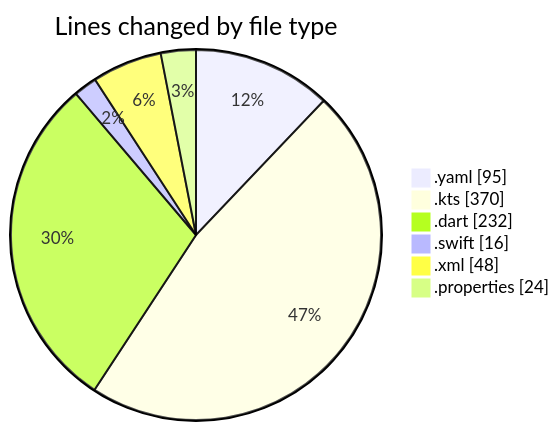
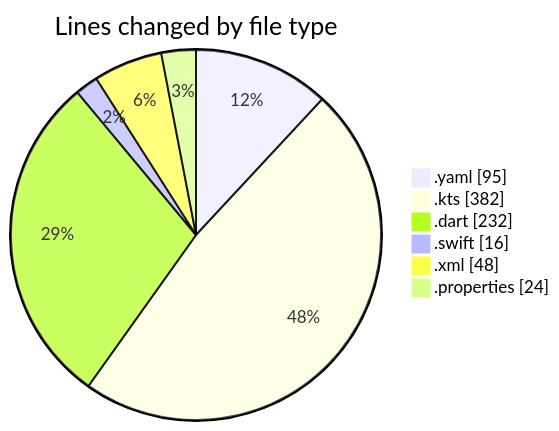
The first of 2 diagrams in 2025-02-16/uber_clone/README.md (donsfak/code-tracking), drawn with Mermaid before and after one commit. The commit also changed other lines of this file and 1 other file, not shown here.

````diff
--- a/2025-02-16/uber_clone/README.md
+++ b/2025-02-16/uber_clone/README.md
@@ -28,10 +28,10 @@
 ```mermaid
 pie showData
 title Lines changed by file type
 ".yaml" : 95
-".kts" : 370
+".kts" : 382
 ".dart" : 232
 ".swift" : 16
 ".xml" : 48
 ".properties" : 24
 ```
````
